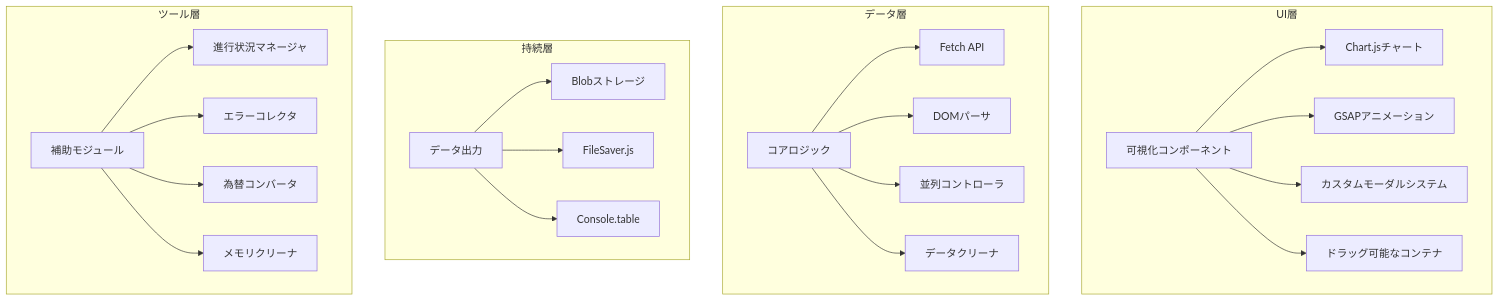
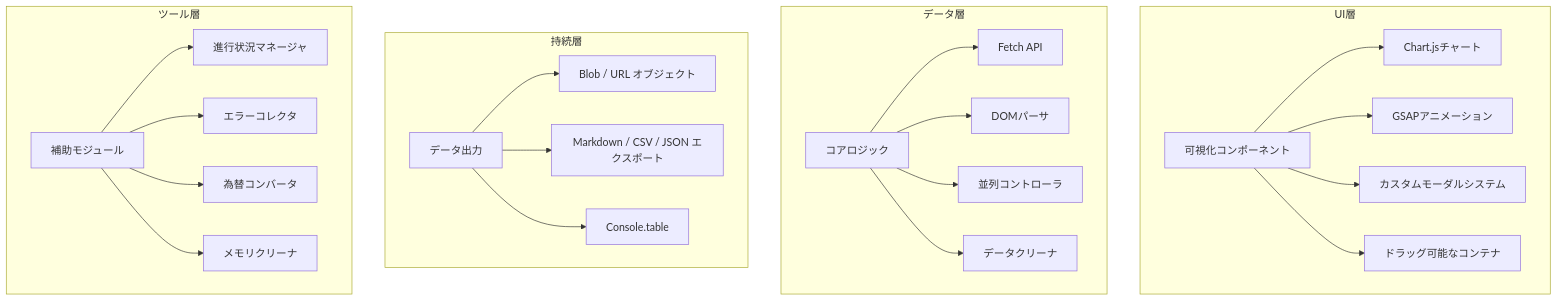
The fifth of 6 diagrams in README-JP.md (linyaocrush/DLsite-Purchase-Analyzer), drawn with Mermaid before and after one commit. The commit also changed other lines of this file and 2 other files, not shown here.

````diff
--- a/README-JP.md
+++ b/README-JP.md
@@ -295,29 +376,29 @@
 ```mermaid
 graph TB
     subgraph UI層
         A[可視化コンポーネント] --> A1[Chart.jsチャート]
         A --> A2[GSAPアニメーション]
         A --> A3[カスタムモーダルシステム]
         A --> A4[ドラッグ可能なコンテナ]
     end
     
     subgraph データ層
         B[コアロジック] --> B1[Fetch API]
         B --> B2[DOMパーサ]
         B --> B3[並列コントローラ]
         B --> B4[データクリーナ]
     end
     
     subgraph 持続層
-        C[データ出力] --> C1[Blobストレージ]
-        C --> C2[FileSaver.js]
+        C[データ出力] --> C1[Blob / URL オブジェクト]
+        C --> C2[Markdown / CSV / JSON エクスポート]
         C --> C3[Console.table]
     end
     
     subgraph ツール層
         D[補助モジュール] --> D1[進行状況マネージャ]
         D --> D2[エラーコレクタ]
         D --> D3[為替コンバータ]
         D --> D4[メモリクリーナ]
     end
 ```
````
